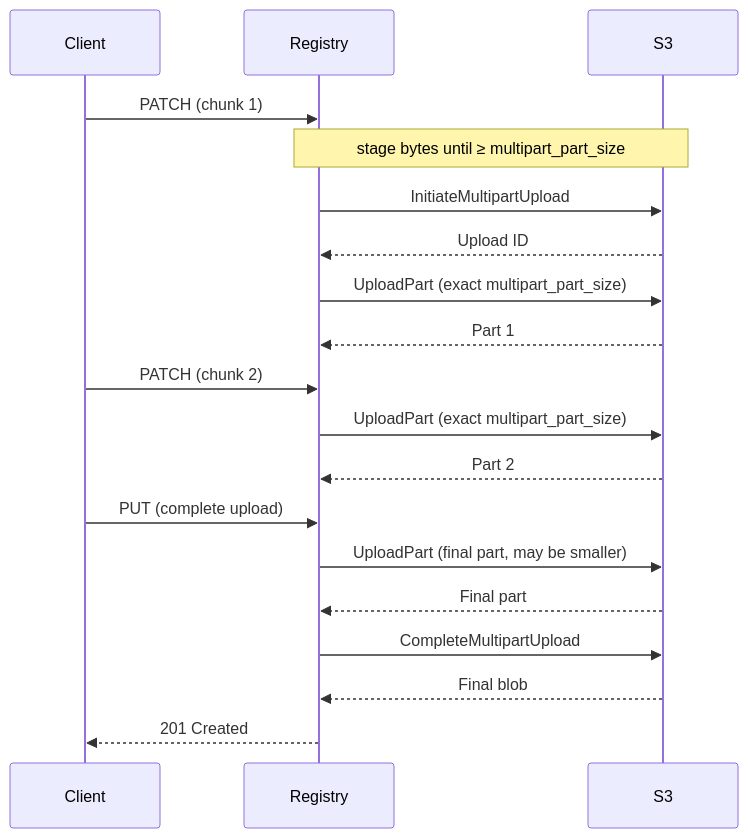
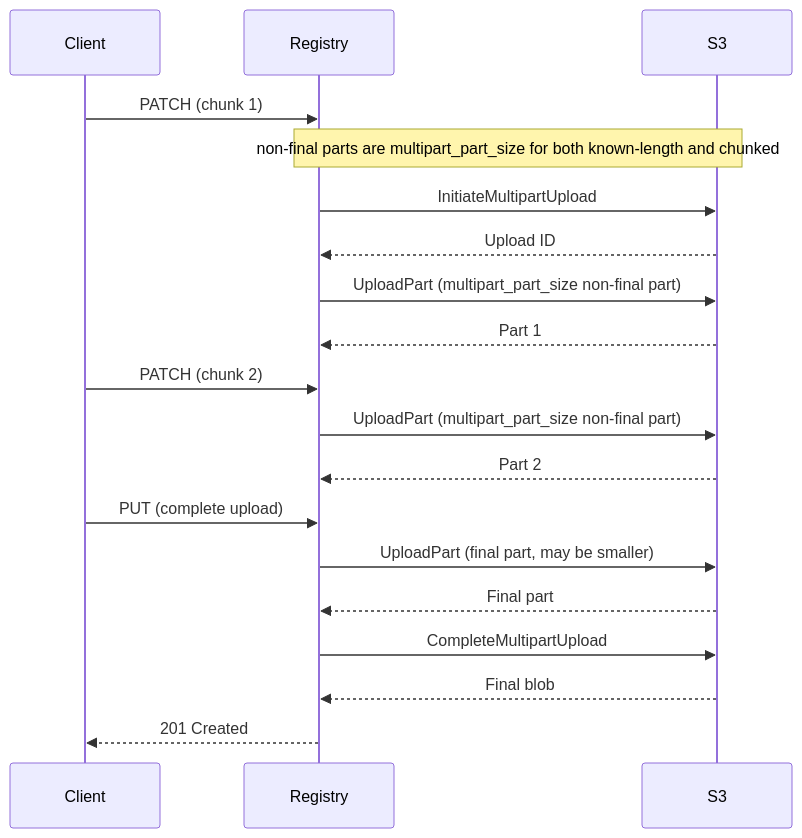
The third of 3 diagrams in doc/explanation/storage-backends.md (project-angos/angos), drawn with Mermaid before and after one commit. The commit also changed other lines of this file and 22 other files, not shown here.

````diff
--- a/doc/explanation/storage-backends.md
+++ b/doc/explanation/storage-backends.md
@@ -382,24 +382,24 @@
 ```mermaid
 sequenceDiagram
     participant Client
     participant Registry
     participant S3
 
     Client->>Registry: PATCH (chunk 1)
-    Note over Registry,S3: stage bytes until ≥ multipart_part_size
+    Note over Registry,S3: non-final parts are multipart_part_size for both known-length and chunked
     Registry->>S3: InitiateMultipartUpload
     S3-->>Registry: Upload ID
-    Registry->>S3: UploadPart (exact multipart_part_size)
+    Registry->>S3: UploadPart (multipart_part_size non-final part)
     S3-->>Registry: Part 1
 
     Client->>Registry: PATCH (chunk 2)
-    Registry->>S3: UploadPart (exact multipart_part_size)
+    Registry->>S3: UploadPart (multipart_part_size non-final part)
     S3-->>Registry: Part 2
 
     Client->>Registry: PUT (complete upload)
     Registry->>S3: UploadPart (final part, may be smaller)
     S3-->>Registry: Final part
     Registry->>S3: CompleteMultipartUpload
     S3-->>Registry: Final blob
     Registry-->>Client: 201 Created
 ```
````
